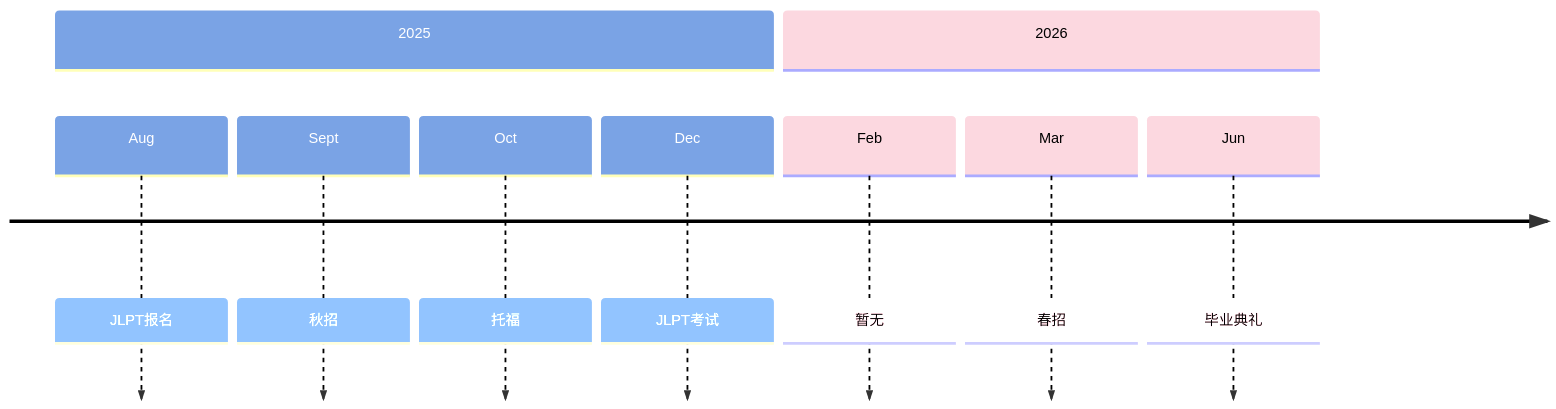
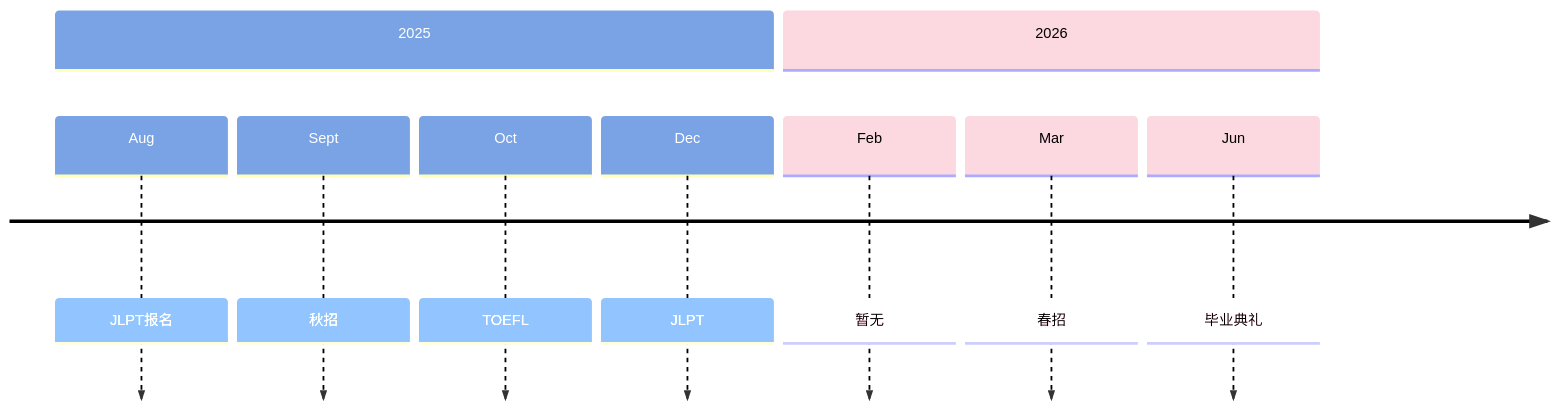
The diagram in docs/life/track.md (whocarsCynthia/whocarsCynthia.github.io), drawn with Mermaid before and after one commit. The commit also changed other lines of this file and 7 other files, not shown here.

````diff
--- a/docs/life/track.md
+++ b/docs/life/track.md
@@ -9,22 +39,22 @@
 ```mermaid
 ---
 config:
   logLevel: 'debug'
   theme: 'default'
   themeVariables:
     cScale0: '#7aa3e5'
     cScale1: '#fcd8e0'
 ---
 timeline    
     section 2025
     Aug : JLPT报名
     Sept : 秋招
-    Oct : 托福 
-    Dec : JLPT考试 
+    Oct : TOEFL
+    Dec : JLPT 
 
     section 2026
     Feb : 暂无
     Mar : 春招
     Jun : 毕业典礼
 
 ```
````
